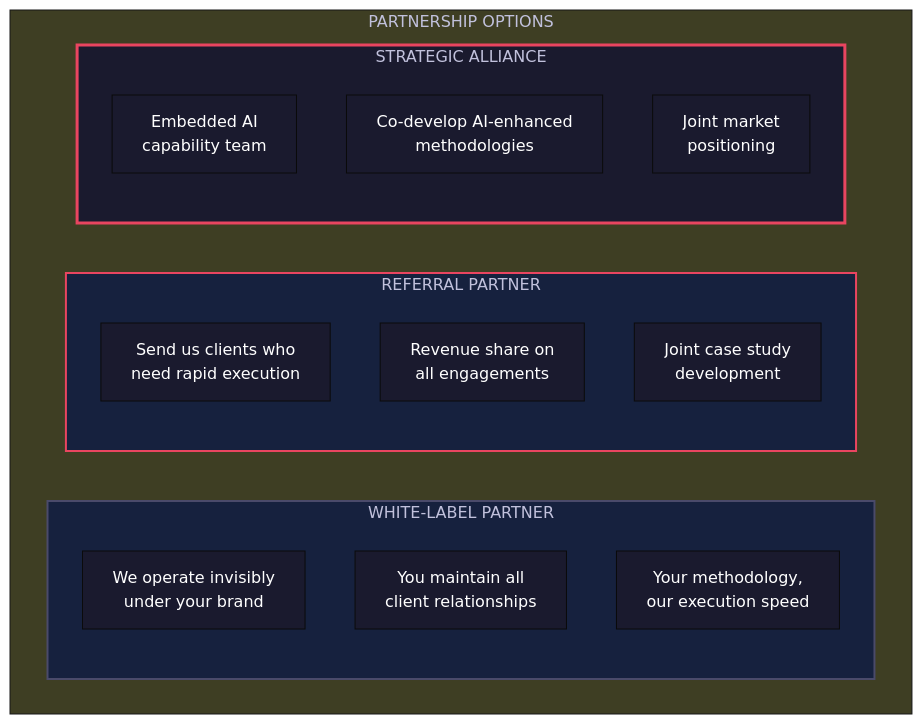
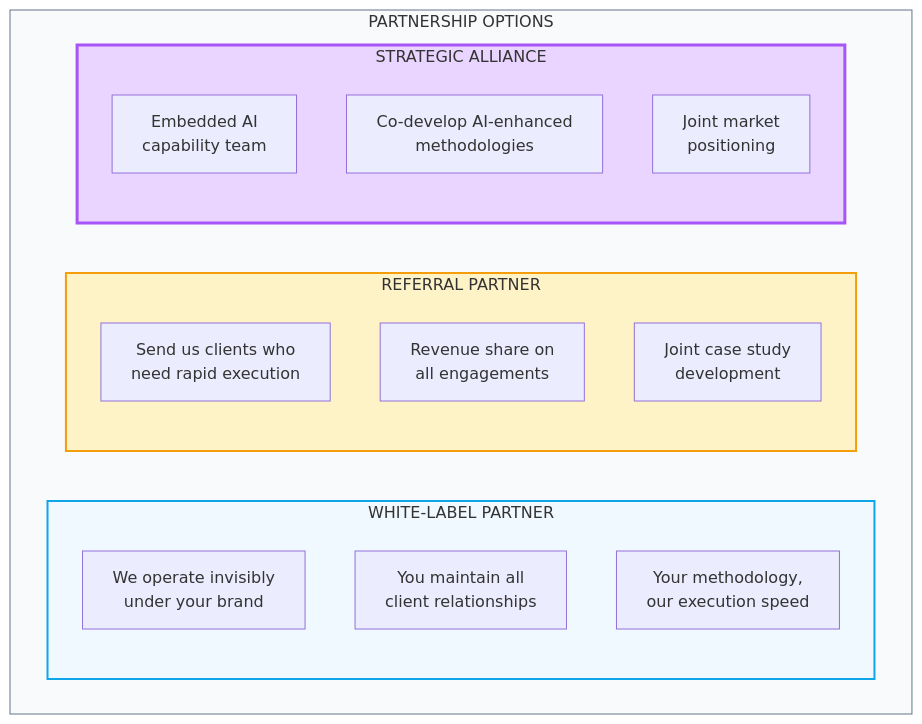
The sixth of 13 diagrams in docs/resources/ai-intelligence-ecosystem.md (Light-Brands/light-consulting), drawn with Mermaid before and after one commit. The commit also changed other lines of this file, not shown here.

First line of the commit message:
Soften mermaid diagram colors for better readability

````diff
--- a/docs/resources/ai-intelligence-ecosystem.md
+++ b/docs/resources/ai-intelligence-ecosystem.md
@@ -275,29 +275,30 @@
 ```mermaid
-%%{init: {'theme': 'base', 'themeVariables': { 'primaryColor': '#1a1a2e', 'primaryTextColor': '#fff'}}}%%
+%%{init: {'theme': 'default'}}%%
 flowchart TB
     subgraph tiers["PARTNERSHIP OPTIONS"]
         direction LR
 
         subgraph white["WHITE-LABEL PARTNER"]
             w1["We operate invisibly<br/>under your brand"]
             w2["You maintain all<br/>client relationships"]
             w3["Your methodology,<br/>our execution speed"]
         end
 
         subgraph referral["REFERRAL PARTNER"]
             r1["Send us clients who<br/>need rapid execution"]
             r2["Revenue share on<br/>all engagements"]
             r3["Joint case study<br/>development"]
         end
 
         subgraph strategic["STRATEGIC ALLIANCE"]
             s1["Embedded AI<br/>capability team"]
             s2["Co-develop AI-enhanced<br/>methodologies"]
             s3["Joint market<br/>positioning"]
         end
     end
 
-    style white fill:#16213e,stroke:#4a4a6a,stroke-width:2px
-    style referral fill:#16213e,stroke:#e94560,stroke-width:2px
-    style strategic fill:#1a1a2e,stroke:#e94560,stroke-width:3px
+    style tiers fill:#f8fafc,stroke:#64748b,stroke-width:1px
+    style white fill:#f0f9ff,stroke:#0ea5e9,stroke-width:2px
+    style referral fill:#fef3c7,stroke:#f59e0b,stroke-width:2px
+    style strategic fill:#e9d5ff,stroke:#a855f7,stroke-width:3px
 ```
````
